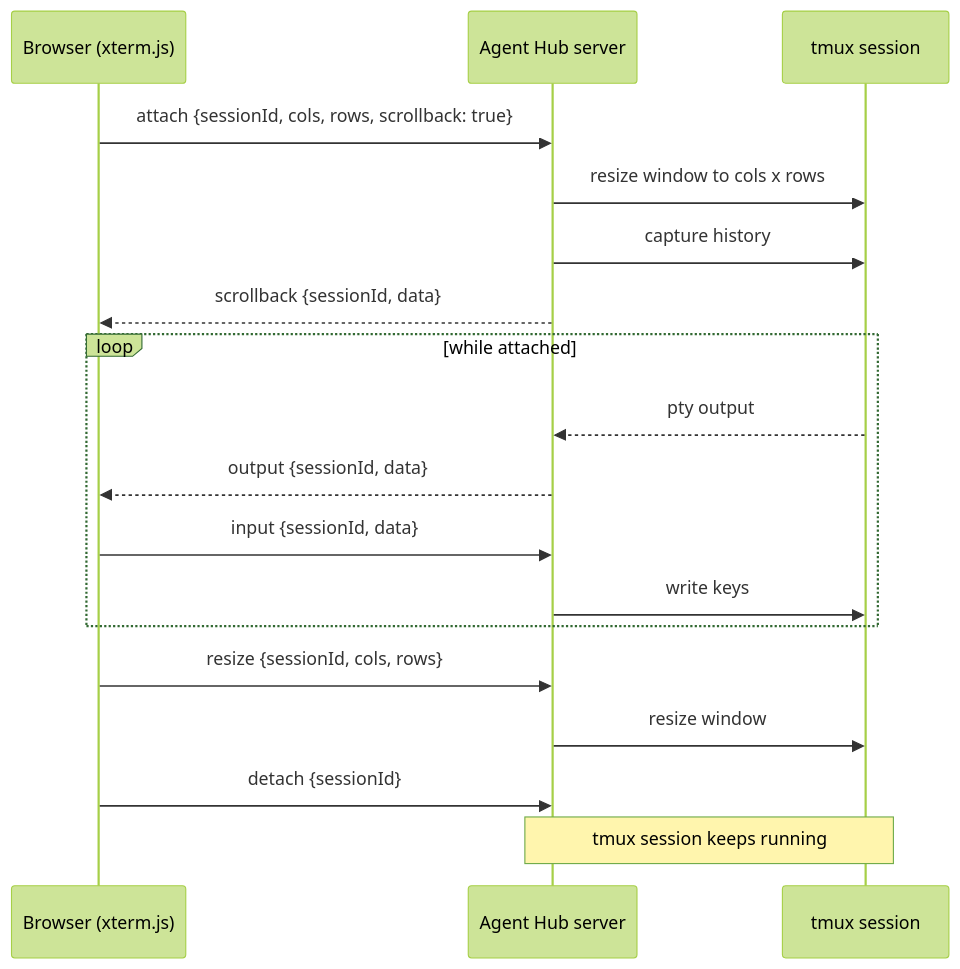
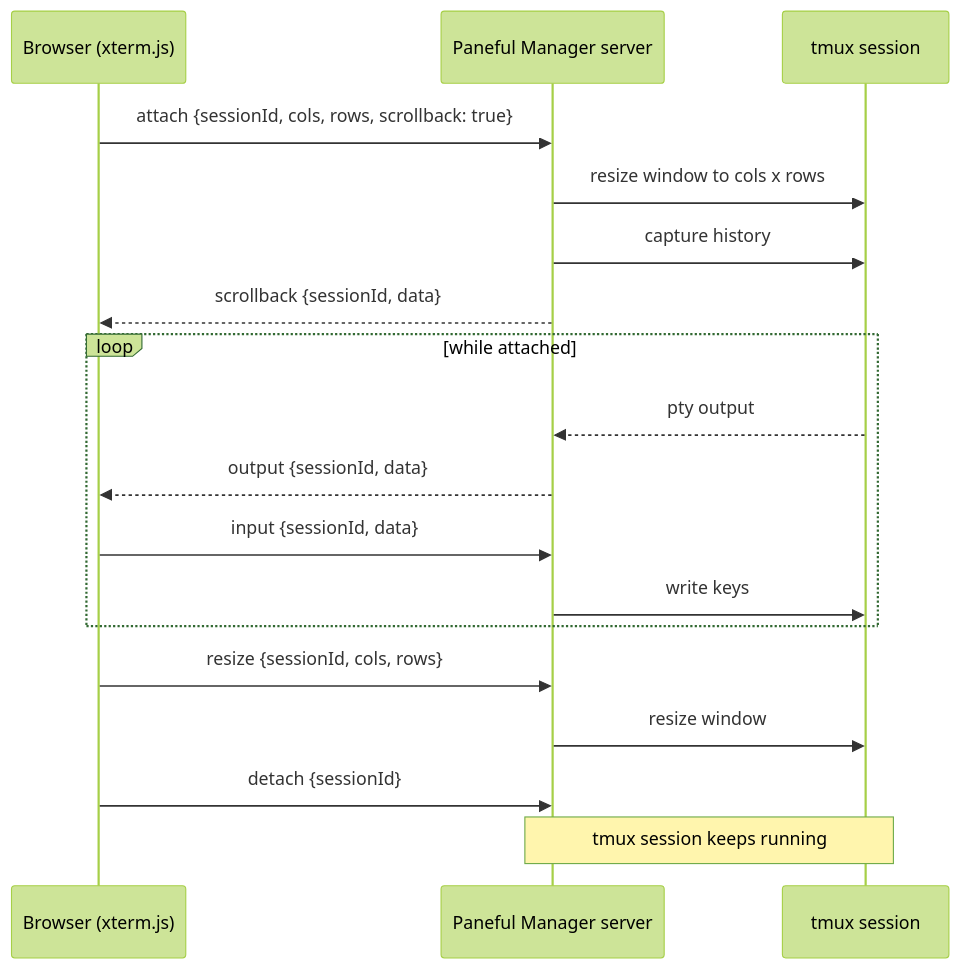
The seventh of 7 diagrams in docs/architecture.md (Dev-Sebi/Paneful-Manager), drawn with Mermaid (forest theme) before and after one commit. The commit also changed other lines of this file and 42 other files, not shown here.

Commit message:
refactor: renamed agent hub to paneful manager in the docs and examples @1m

````diff
--- a/docs/architecture.md
+++ b/docs/architecture.md
@@ -599,20 +599,20 @@
 ```mermaid
 sequenceDiagram
     participant C as Browser (xterm.js)
-    participant S as Agent Hub server
+    participant S as Paneful Manager server
     participant T as tmux session
     C->>S: attach {sessionId, cols, rows, scrollback: true}
     S->>T: resize window to cols x rows
     S->>T: capture history
     S-->>C: scrollback {sessionId, data}
     loop while attached
         T-->>S: pty output
         S-->>C: output {sessionId, data}
         C->>S: input {sessionId, data}
         S->>T: write keys
     end
     C->>S: resize {sessionId, cols, rows}
     S->>T: resize window
     C->>S: detach {sessionId}
     Note over S,T: tmux session keeps running
 ```
````
